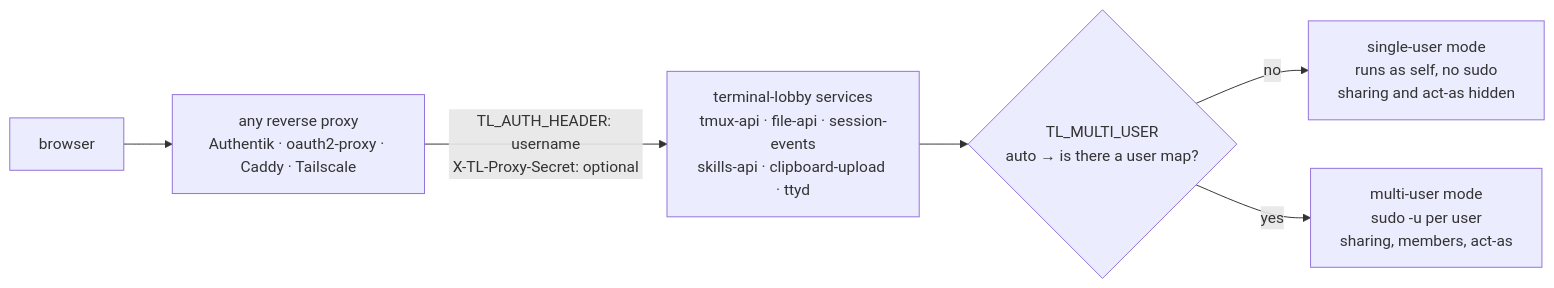
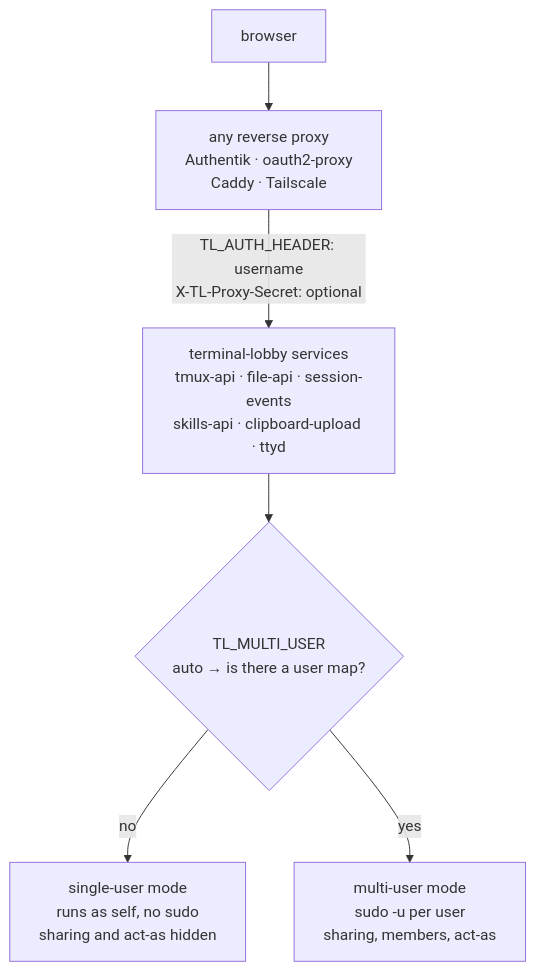
The first of 2 diagrams in docs/plans/2026-08-29-pluggable-auth-and-one-deploy-path.md (ViktorBarzin/terminal-lobby), drawn with Mermaid before and after one commit. The commit also changed other lines of this file, not shown here.

First line of the commit message:
docs(plans): phone-friendly diagram, stat tiles, callouts and a tone pass

````diff
--- a/docs/plans/2026-08-29-pluggable-auth-and-one-deploy-path.md
+++ b/docs/plans/2026-08-29-pluggable-auth-and-one-deploy-path.md
@@ -85,8 +93,8 @@
 ```mermaid
-flowchart LR
-  B[browser] --> P["any reverse proxy<br/>Authentik · oauth2-proxy · Caddy · Tailscale"]
+flowchart TD
+  B[browser] --> P["any reverse proxy<br/>Authentik · oauth2-proxy<br/>Caddy · Tailscale"]
   P -->|"TL_AUTH_HEADER: username<br/>X-TL-Proxy-Secret: optional"| S["terminal-lobby services<br/>tmux-api · file-api · session-events<br/>skills-api · clipboard-upload · ttyd"]
   S --> M{"TL_MULTI_USER<br/>auto → is there a user map?"}
   M -->|no| SU["single-user mode<br/>runs as self, no sudo<br/>sharing and act-as hidden"]
   M -->|yes| MU["multi-user mode<br/>sudo -u per user<br/>sharing, members, act-as"]
 ```
````
